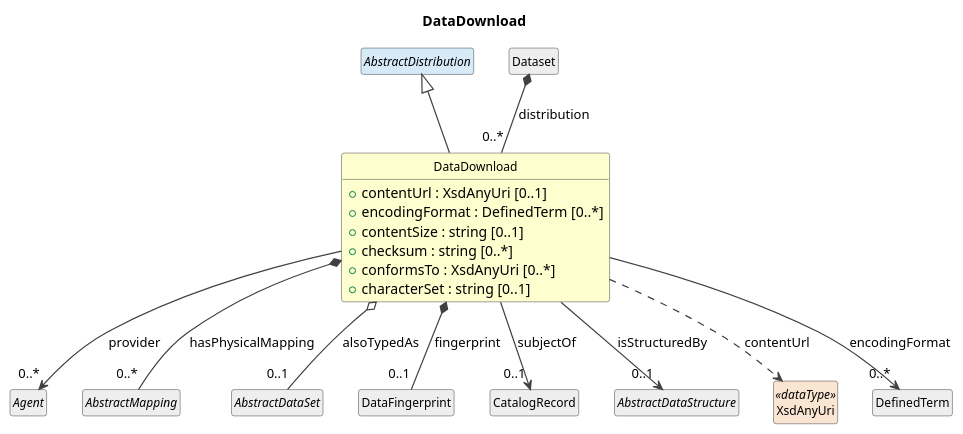
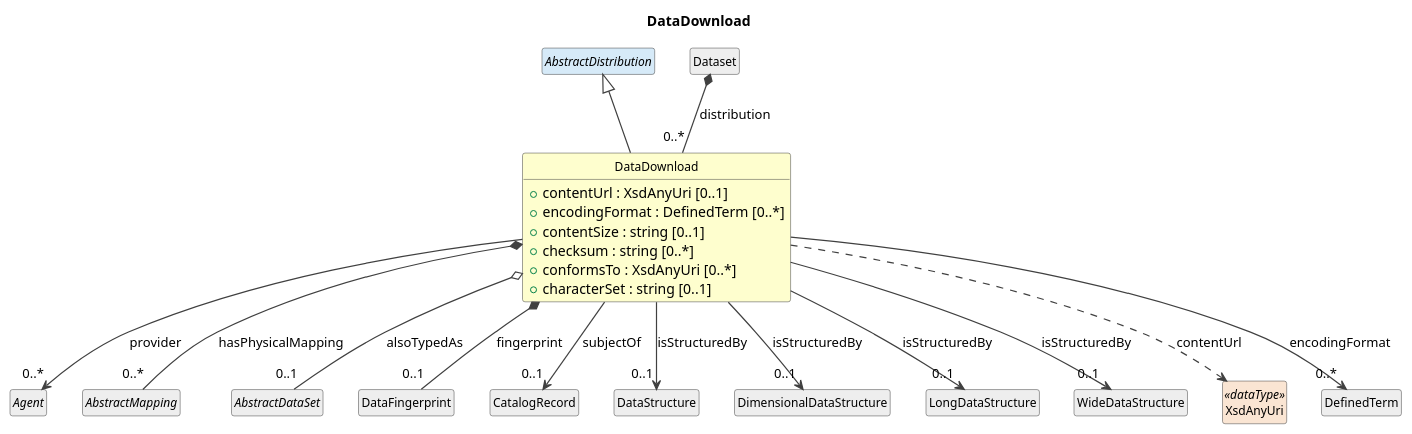
Before and after one commit to Cross-Domain-Interoperability-Framework/metadataBuildingBlocks: the diagram in cdif-uml-model/_plantuml/dataDescriptionWithStructure/Classes/DataDownload.pu, drawn with PlantUML. The commit also changed 253 other files, not shown here.

First line of the commit message:
cdifDataStructure: schema refinement + regenerated diagrams

```diff
--- a/cdif-uml-model/_plantuml/dataDescriptionWithStructure/Classes/DataDownload.pu
+++ b/cdif-uml-model/_plantuml/dataDescriptionWithStructure/Classes/DataDownload.pu
@@ -1,42 +1,48 @@
 @startuml
 title DataDownload
 hide circle
 hide empty members
 skinparam shadowing false
 skinparam ArrowThickness 1.2
 skinparam class {
   ArrowColor #404040
   BorderColor #404040
   FontSize 12
 }
 
 class "DataDownload" as DataDownload #FEFECE {
   +contentUrl : XsdAnyUri [0..1]
   +encodingFormat : DefinedTerm [0..*]
   +contentSize : string [0..1]
   +checksum : string [0..*]
   +conformsTo : XsdAnyUri [0..*]
   +characterSet : string [0..1]
 }
 abstract class "AbstractDistribution" as AbstractDistribution #D6EAF8
 AbstractDistribution <|-- DataDownload
 class "Dataset" as Dataset #EEEEEE
 Dataset *-- "0..*" DataDownload : distribution
 abstract class "Agent" as Agent #EEEEEE
 DataDownload --> "0..*" Agent : provider
 abstract class "AbstractMapping" as AbstractMapping #EEEEEE
 DataDownload *-- "0..*" AbstractMapping : hasPhysicalMapping
 abstract class "AbstractDataSet" as AbstractDataSet #EEEEEE
 DataDownload o-- "0..1" AbstractDataSet : alsoTypedAs
 class "DataFingerprint" as DataFingerprint #EEEEEE
 DataDownload *-- "0..1" DataFingerprint : fingerprint
 class "CatalogRecord" as CatalogRecord #EEEEEE
 DataDownload --> "0..1" CatalogRecord : subjectOf
-abstract class "AbstractDataStructure" as AbstractDataStructure #EEEEEE
-DataDownload --> "0..1" AbstractDataStructure : isStructuredBy
+class "DataStructure" as DataStructure #EEEEEE
+DataDownload --> "0..1" DataStructure : isStructuredBy
+class "DimensionalDataStructure" as DimensionalDataStructure #EEEEEE
+DataDownload --> "0..1" DimensionalDataStructure : isStructuredBy
+class "LongDataStructure" as LongDataStructure #EEEEEE
+DataDownload --> "0..1" LongDataStructure : isStructuredBy
+class "WideDataStructure" as WideDataStructure #EEEEEE
+DataDownload --> "0..1" WideDataStructure : isStructuredBy
 class "XsdAnyUri" as XsdAnyUri <<dataType>> #FAE5D3
 DataDownload ..> XsdAnyUri : contentUrl
 class "DefinedTerm" as DefinedTerm #EEEEEE
 DataDownload --> "0..*" DefinedTerm : encodingFormat
 
 @enduml
```
